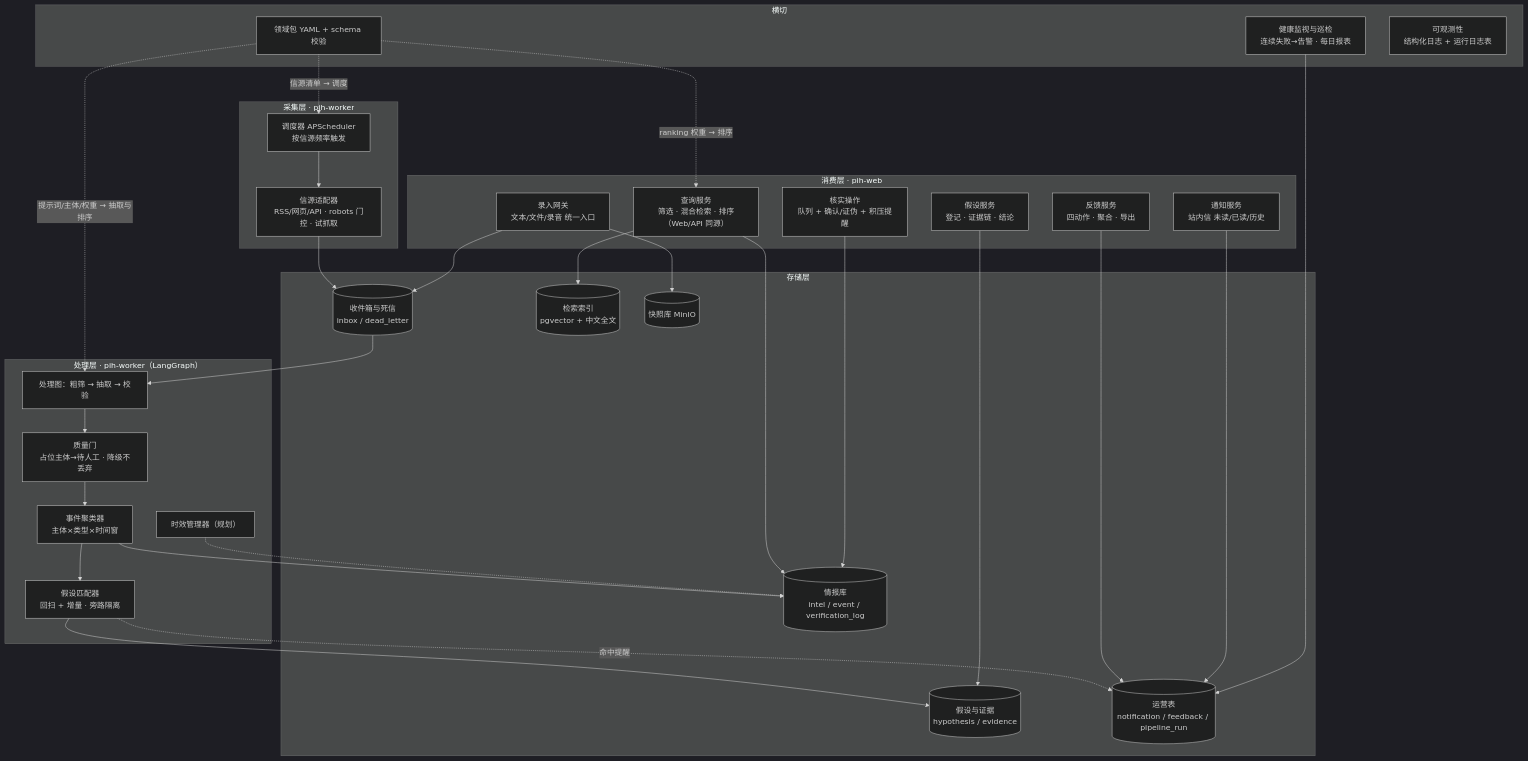
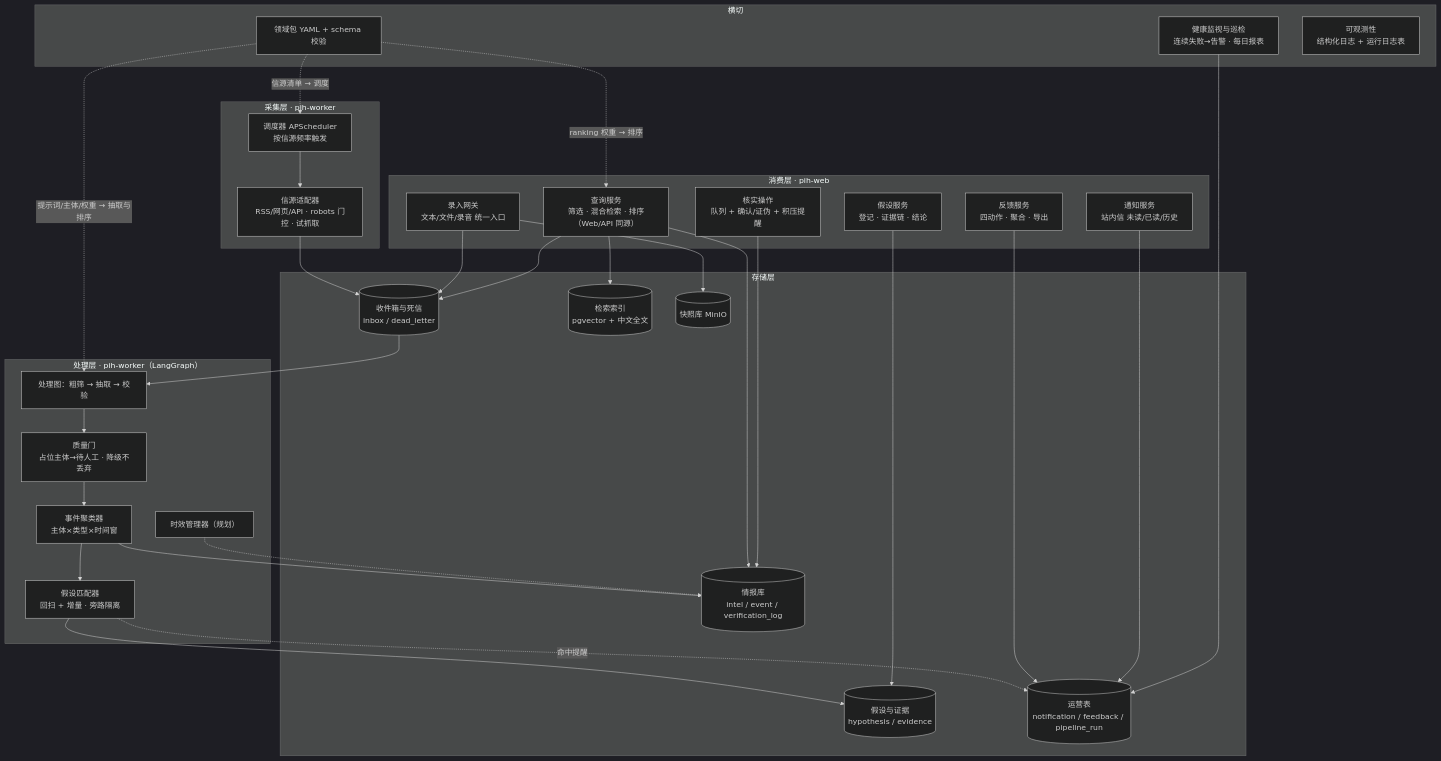
The third of 10 diagrams in backlog/docs/doc-2 - 架构设计-Architecture.md (leoricmaster/pih), drawn with Mermaid (dark theme) before and after one commit. The commit also changed other lines of this file, not shown here.

````diff
--- a/backlog/docs/doc-2 - 架构设计-Architecture.md
+++ b/backlog/docs/doc-2 - 架构设计-Architecture.md
@@ -107,51 +107,52 @@
 ```mermaid
 flowchart TB
     subgraph CONSUME["消费层 · pih-web"]
         QS["查询服务<br/>筛选 · 混合检索 · 排序（Web/API 同源）"]
         VF["核实操作<br/>队列 + 确认/证伪 + 积压提醒"]
         HP["假设服务<br/>登记 · 证据链 · 结论"]
         IGW["录入网关<br/>文本/文件/录音 统一入口"]
         FB["反馈服务<br/>四动作 · 聚合 · 导出"]
         NT["通知服务<br/>站内信 未读/已读/历史"]
     end
     subgraph STORE["存储层"]
         IL[("情报库<br/>intel / event / verification_log")]
         HY[("假设与证据<br/>hypothesis / evidence")]
         IB[("收件箱与死信<br/>inbox / dead_letter")]
         IX[("检索索引<br/>pgvector + 中文全文")]
         OPS[("运营表<br/>notification / feedback / pipeline_run")]
         SN[("快照库 MinIO")]
     end
     subgraph PROCESS["处理层 · pih-worker（LangGraph）"]
         GR["处理图：粗筛 → 抽取 → 校验"]
         QG["质量门<br/>占位主体→待人工 · 降级不丢弃"]
         CL["事件聚类器<br/>主体×类型×时间窗"]
         HM["假设匹配器<br/>回扫 + 增量 · 旁路隔离"]
         TM["时效管理器（规划）"]
     end
     subgraph COLLECT["采集层 · pih-worker"]
         SC["调度器 APScheduler<br/>按信源频率触发"]
         AD["信源适配器<br/>RSS/网页/API · robots 门控 · 试抓取"]
     end
     subgraph CROSS["横切"]
         PK["领域包 YAML + schema 校验"]
         HLT["健康监视与巡检<br/>连续失败→告警 · 每日报表"]
         OBS["可观测性<br/>结构化日志 + 运行日志表"]
     end
     SC --> AD --> IB --> GR --> QG --> CL --> IL
     CL --> HM --> HY
     HM -.->|"命中提醒"| OPS
     IGW --> IB
     IGW --> SN
+    QS --> IB
     QS --> IL
     QS --> IX
     VF --> IL
     HP --> HY
     FB --> OPS
     NT --> OPS
     HLT --> OPS
     TM -.-> IL
     PK -.->|"信源清单 → 调度"| SC
     PK -.->|"提示词/主体/权重 → 抽取与排序"| GR
     PK -.->|"ranking 权重 → 排序"| QS
 ```
````
